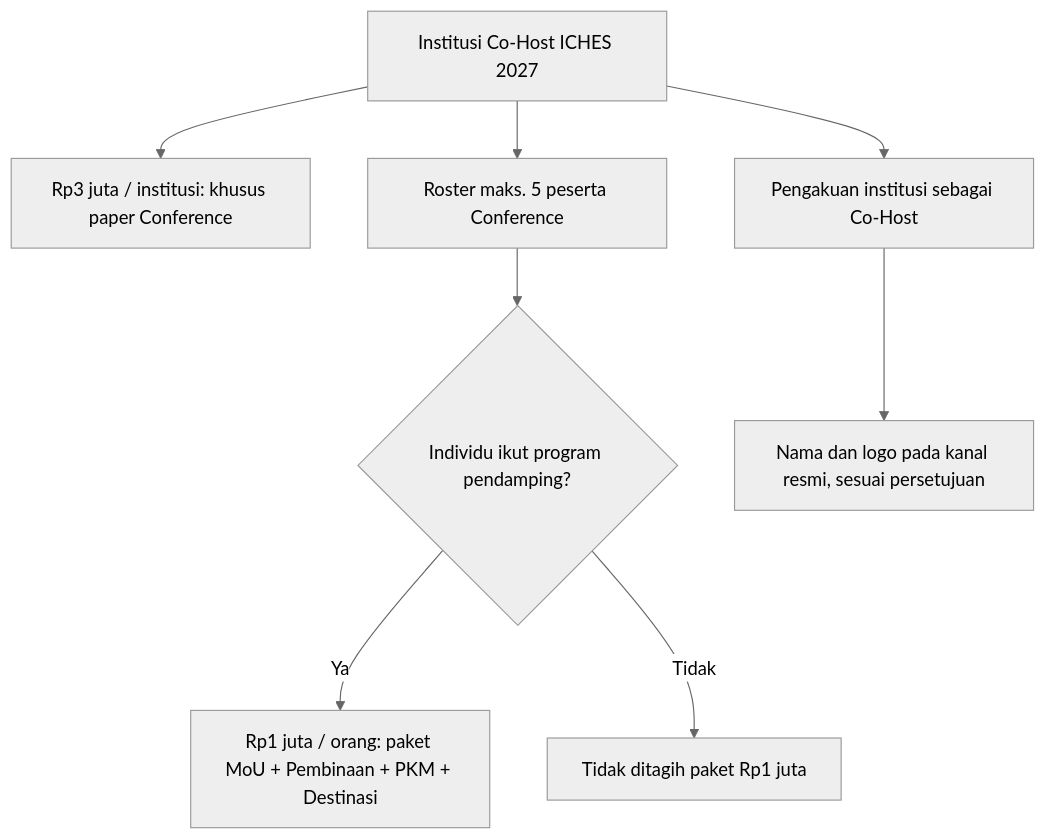
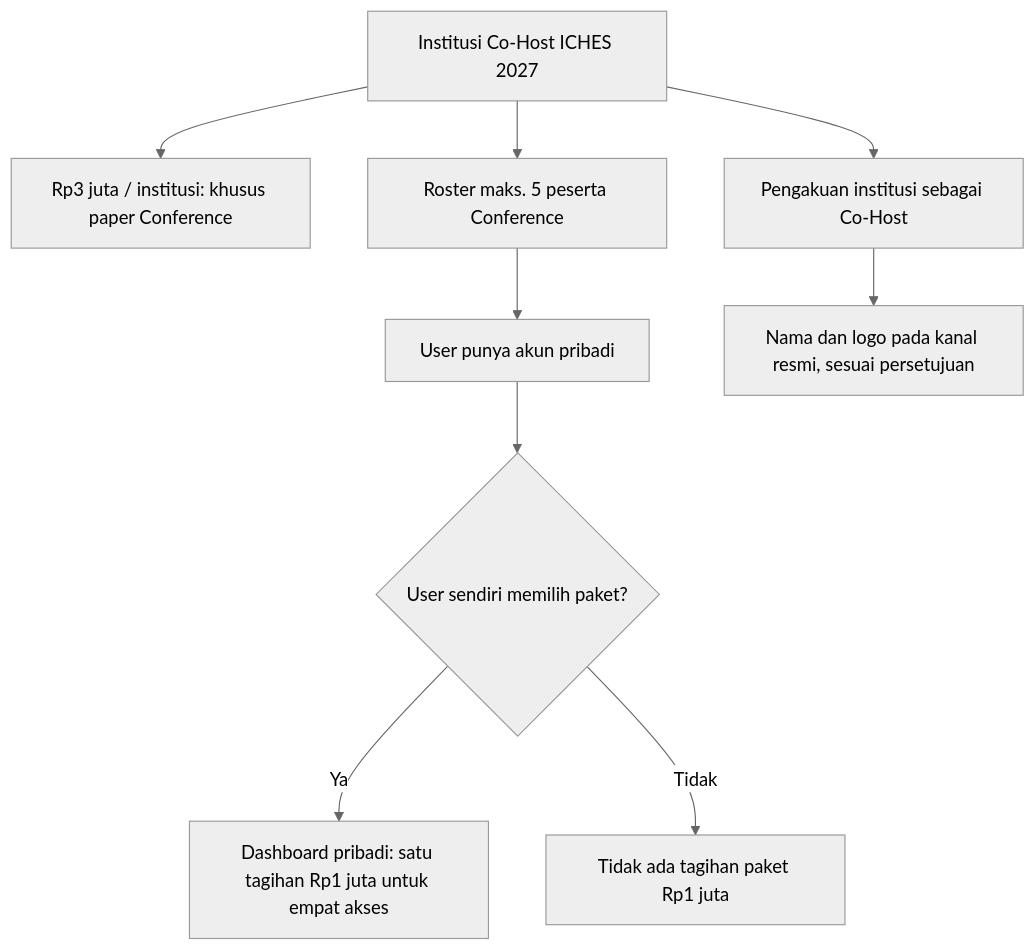
The second of 12 diagrams in docs/00-PRESENTASI-WAREK-I.md (akhmadafnan/iches-unisya), drawn with Mermaid (neutral theme) before and after one commit. The commit also changed other lines of this file and 12 other files, not shown here.

````diff
--- a/docs/00-PRESENTASI-WAREK-I.md
+++ b/docs/00-PRESENTASI-WAREK-I.md
@@ -14,10 +29,11 @@
 ```mermaid
 flowchart TD
   I["Institusi Co-Host ICHES 2027"] --> C["Rp3 juta / institusi: khusus paper Conference"]
   I --> R["Roster maks. 5 peserta Conference"]
   I --> B["Pengakuan institusi sebagai Co-Host"]
-  R --> A{"Individu ikut program pendamping?"}
-  A -->|Ya| F["Rp1 juta / orang: paket MoU + Pembinaan + PKM + Destinasi"]
-  A -->|Tidak| N["Tidak ditagih paket Rp1 juta"]
+  R --> A["User punya akun pribadi"]
+  A --> X{"User sendiri memilih paket?"}
+  X -->|Ya| F["Dashboard pribadi: satu tagihan Rp1 juta untuk empat akses"]
+  X -->|Tidak| N["Tidak ada tagihan paket Rp1 juta"]
   B --> P["Nama dan logo pada kanal resmi, sesuai persetujuan"]
 ```
````
